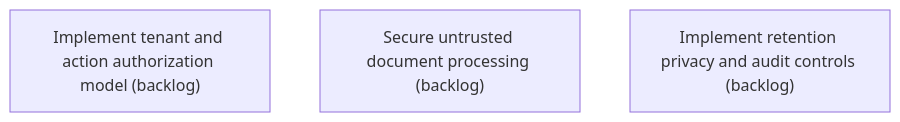
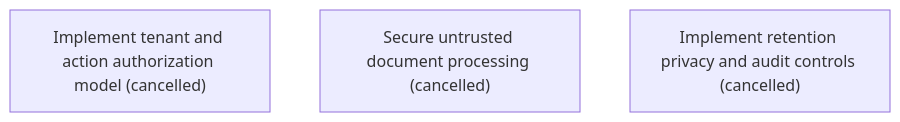
Before and after one commit to asadayoub/Evidentia: the diagram in .skyhook/plan/epics/DGKPHK7KW42128GM4XAZMKN7WF.md, drawn with Mermaid. The commit also changed other lines of this file and 54 other files, not shown here.

Commit message:
docs(skyhook): adopt interaction-first delivery roadmap

````diff
--- a/.skyhook/plan/epics/DGKPHK7KW42128GM4XAZMKN7WF.md
+++ b/.skyhook/plan/epics/DGKPHK7KW42128GM4XAZMKN7WF.md
@@ -22,6 +22,6 @@
 ```mermaid
 flowchart TD
-    J53MR4BTE1N2XJHRYXHV4Z87JG["Implement tenant and action authorization model (backlog)"]
-    36P0MN74XTPQ943H6EVXGDX1WE["Secure untrusted document processing (backlog)"]
-    00B1KJ2YM4P1PBKNQTM3AWSPSP["Implement retention privacy and audit controls (backlog)"]
+    J53MR4BTE1N2XJHRYXHV4Z87JG["Implement tenant and action authorization model (cancelled)"]
+    36P0MN74XTPQ943H6EVXGDX1WE["Secure untrusted document processing (cancelled)"]
+    00B1KJ2YM4P1PBKNQTM3AWSPSP["Implement retention privacy and audit controls (cancelled)"]
 ```
````
